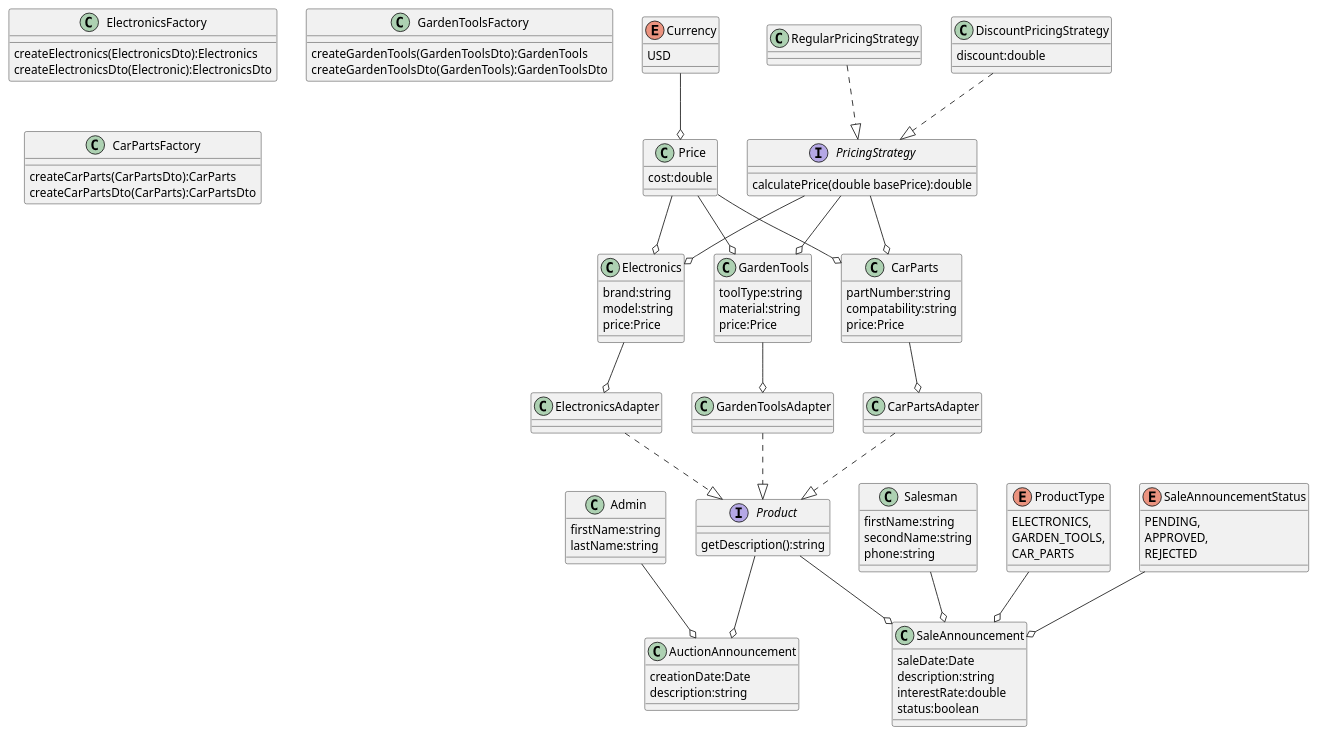
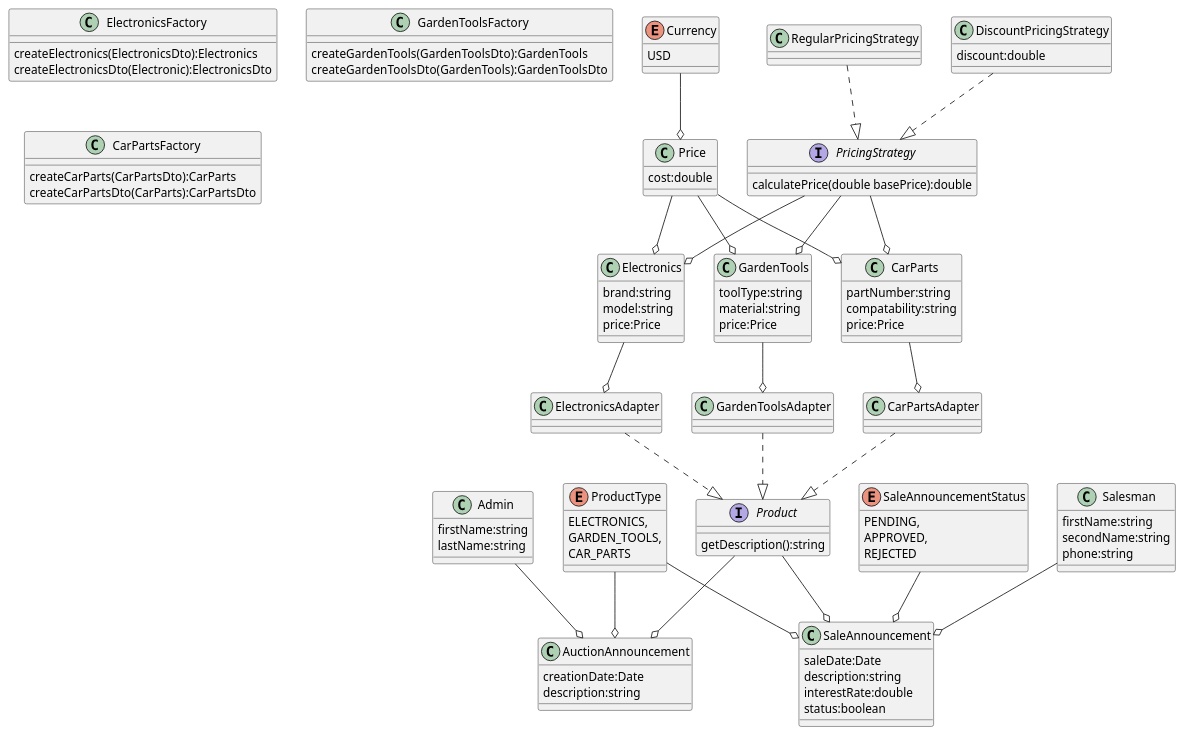
One commit to MrTorfis0017/Gleb changed the diagram in Bom.puml. Above: the diagram before and after it, drawn with PlantUML. The commit also changed 21 other files, not shown here.

```diff
--- a/Bom.puml
+++ b/Bom.puml
@@ -1,127 +1,128 @@
 @startuml
 'https://plantuml.com/class-diagram
 
 class Admin {
 firstName:string
 lastName:string
 }
 
 enum Currency{
 USD
 }
 
 class Price{
 cost:double
 }
 
 interface Product{
 getDescription():string
 }
 
 
 class Electronics{
 brand:string
 model:string
 price:Price
 }
 
 class GardenTools{
 toolType:string
 material:string
 price:Price
 }
 
 class CarParts{
 partNumber:string
 compatability:string
 price:Price
 }
 
 class ElectronicsFactory{
 createElectronics(ElectronicsDto):Electronics
 createElectronicsDto(Electronic):ElectronicsDto
 }
 
 class GardenToolsFactory{
 createGardenTools(GardenToolsDto):GardenTools
 createGardenToolsDto(GardenTools):GardenToolsDto
 }
 
 class CarPartsFactory{
 createCarParts(CarPartsDto):CarParts
 createCarPartsDto(CarParts):CarPartsDto
 }
 
 class ElectronicsAdapter{
 }
 
 class GardenToolsAdapter{
 }
 
 class CarPartsAdapter{
 }
 
 class AuctionAnnouncement{
 creationDate:Date
 description:string
 }
 
 class Salesman{
 firstName:string
 secondName:string
 phone:string
 }
 
 enum ProductType{
 ELECTRONICS,
 GARDEN_TOOLS,
 CAR_PARTS
 }
 
 enum SaleAnnouncementStatus{
 PENDING,
 APPROVED,
 REJECTED
 }
 
 class SaleAnnouncement{
 saleDate:Date
 description:string
 interestRate:double
 status:boolean
 }
 
 interface PricingStrategy{
 calculatePrice(double basePrice):double
 }
 
 class RegularPricingStrategy{
 }
 
 class DiscountPricingStrategy {
 discount:double
 }
 
 
 Admin --o AuctionAnnouncement
 Product --o AuctionAnnouncement
 Currency --o Price
 Price --o Electronics
 Price --o GardenTools
 Price --o CarParts
 Salesman --o SaleAnnouncement
 Product --o SaleAnnouncement
 Electronics --o ElectronicsAdapter
 ElectronicsAdapter ..|> Product
 GardenTools --o GardenToolsAdapter
 GardenToolsAdapter ..|> Product
 CarParts --o CarPartsAdapter
 CarPartsAdapter ..|> Product
 ProductType --o SaleAnnouncement
 SaleAnnouncementStatus --o SaleAnnouncement
 RegularPricingStrategy ..|> PricingStrategy
 DiscountPricingStrategy ..|> PricingStrategy
 PricingStrategy--o Electronics
 PricingStrategy--o GardenTools
 PricingStrategy--o CarParts
+ProductType--o AuctionAnnouncement
 @enduml
```
